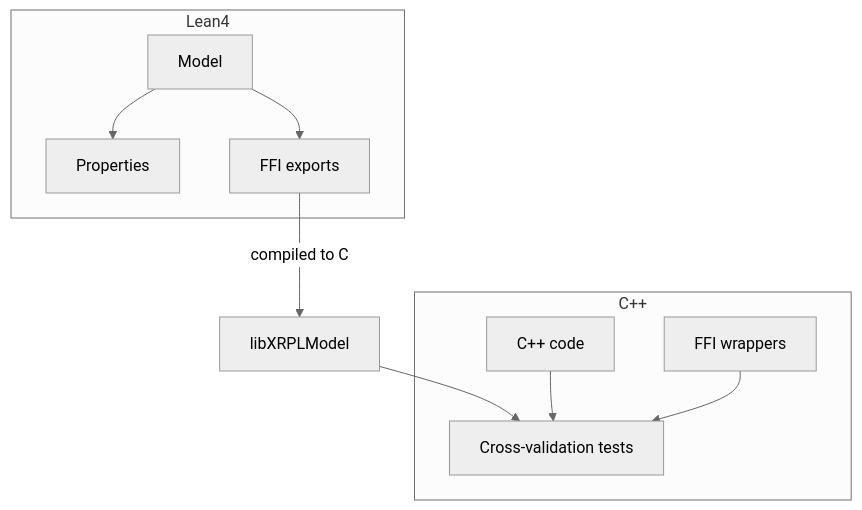
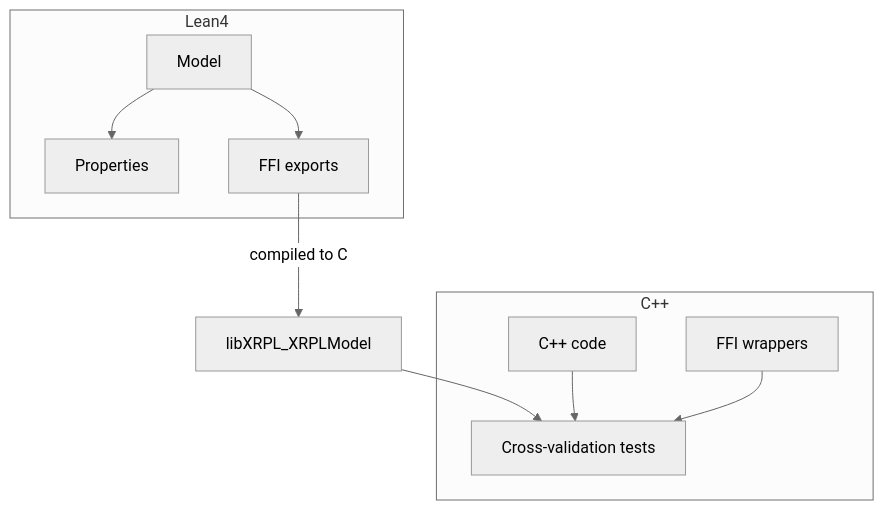
Before and after one commit to XRPLF/rippled: the first of 2 diagrams in docs/formal-verification/README.md, drawn with Mermaid (neutral theme). The commit also changed other lines of this file and 4 other files, not shown here.

````diff
--- a/docs/formal-verification/README.md
+++ b/docs/formal-verification/README.md
@@ -44,19 +44,19 @@
 ```mermaid
 flowchart TD
     subgraph Lean["Lean4"]
         Model["Model"]
         Props["Properties"]
         FFI["FFI exports"]
         Model --> Props
         Model --> FFI
     end
-    FFI -->|compiled to C| Lib["libXRPLModel"]
+    FFI -->|compiled to C| Lib["libXRPL_XRPLModel"]
     subgraph Cpp["C++"]
         Real["C++ code"]
         CFFI["FFI wrappers"]
         Test["Cross-validation tests"]
     end
     Lib --> Test
     Real --> Test
     CFFI --> Test
 ```
````
